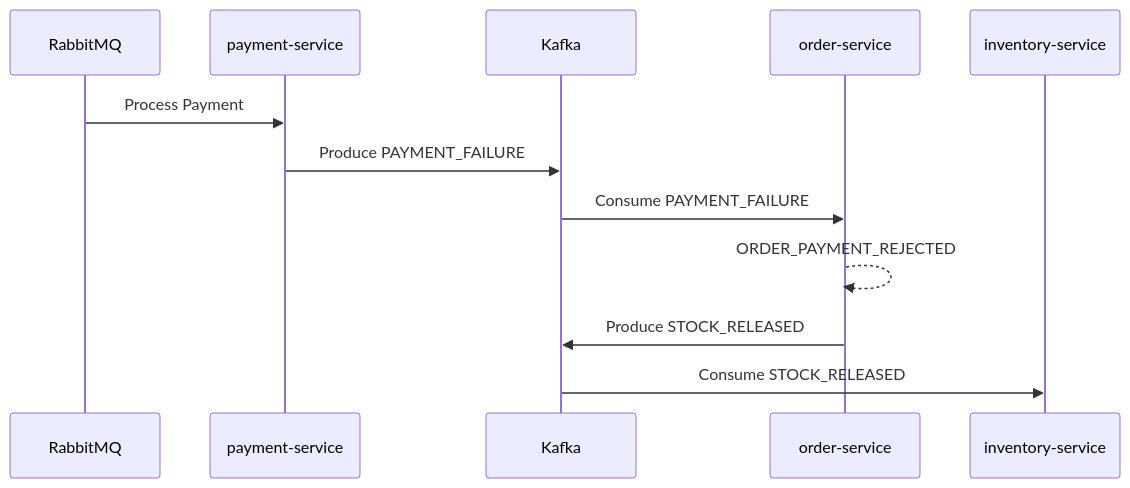
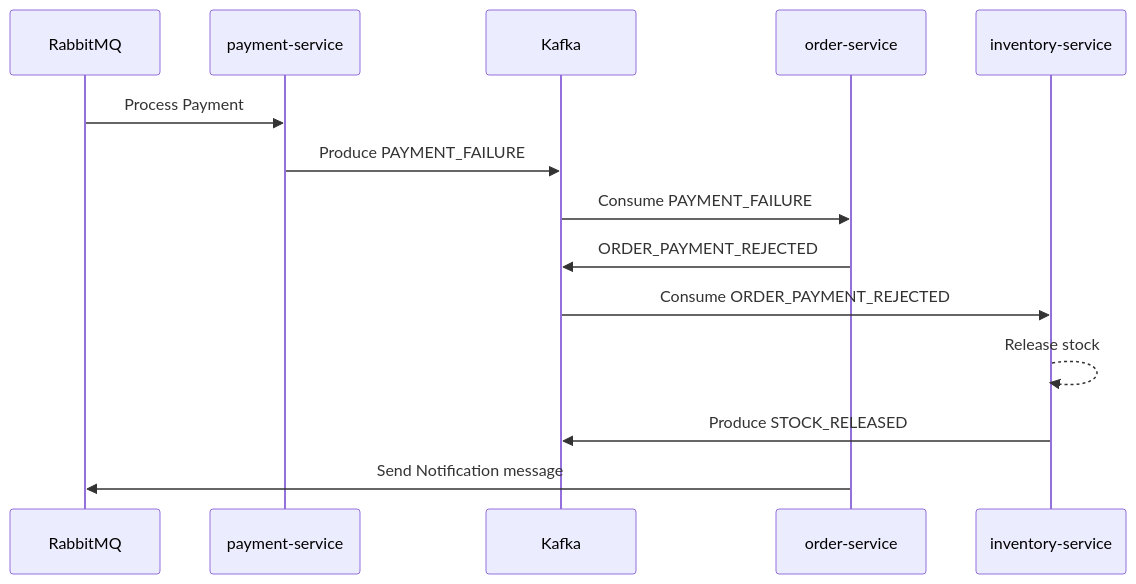
Before and after one commit to sevketbuyukdemir/microservices: the fifth of 7 diagrams in documents/FLOWS.md, drawn with Mermaid. The commit also changed other lines of this file and 11 other files, not shown here.

````diff
--- a/documents/FLOWS.md
+++ b/documents/FLOWS.md
@@ -83,15 +90,17 @@
 ```mermaid
 sequenceDiagram
     participant MQ as RabbitMQ
     participant PS as payment-service
     participant K as Kafka
     participant OS as order-service
     participant IS as inventory-service
 
     MQ->>PS: Process Payment
     PS->>K: Produce PAYMENT_FAILURE
     K->>OS: Consume PAYMENT_FAILURE
-    OS-->>OS: ORDER_PAYMENT_REJECTED
-    OS->>K: Produce STOCK_RELEASED
-    K->>IS: Consume STOCK_RELEASED
+    OS->>K: ORDER_PAYMENT_REJECTED
+    K->>IS: Consume ORDER_PAYMENT_REJECTED
+    IS-->>IS: Release stock
+    IS->>K: Produce STOCK_RELEASED
+    OS->>MQ: Send Notification message
 ```
````
